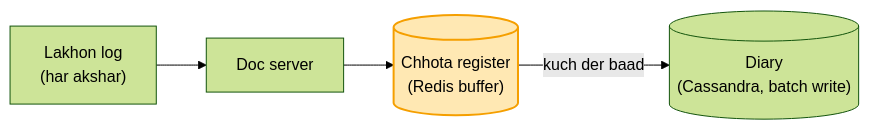
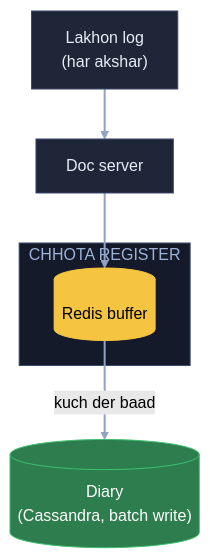
One commit to ArpanMaheshwari144/Prep changed the second of 7 diagrams in 04_HLD/SYSTEM_DESIGNS/11_google_docs_collab/11_google_docs_collab.md. Above: the diagram before and after it, drawn with Mermaid (forest theme). The commit also changed other lines of this file, not shown here.

Commit message:
Docs: 7 diagram YouTube (reel) wale card andaaz me

````diff
--- a/04_HLD/SYSTEM_DESIGNS/11_google_docs_collab/11_google_docs_collab.md
+++ b/04_HLD/SYSTEM_DESIGNS/11_google_docs_collab/11_google_docs_collab.md
@@ -57,7 +68,18 @@
 ```mermaid
-flowchart LR
-    U["Lakhon log<br/>(har akshar)"] --> S["Doc server"]
-    S --> B[("Chhota register<br/>(Redis buffer)")]
-    B -- "kuch der baad" --> D[("Diary<br/>(Cassandra, batch write)")]
-    style B fill:#ffe8b3,stroke:#f59f00,stroke-width:2px,color:#000
+flowchart TB
+    U["Lakhon log<br/>(har akshar)"]:::card
+    S["Doc server"]:::card
+    subgraph CR["CHHOTA REGISTER"]
+        B[("Redis buffer")]:::pill
+    end
+    D[("Diary<br/>(Cassandra, batch write)")]:::good
+    U --> S
+    S --> B
+    B -- "kuch der baad" --> D
+    linkStyle default stroke:#8fa3c7,stroke-width:2px
+    classDef card fill:#1e2638,stroke:#3a4a6b,color:#e8ecf5
+    classDef pill fill:#f5c542,stroke:#f5c542,color:#000
+    classDef good fill:#2e7d4f,stroke:#3fbf6f,color:#fff
+    classDef bad fill:#5c1f24,stroke:#e05561,color:#fff
+    style CR fill:#141a29,stroke:#3a4a6b,color:#9fb3d9
 ```
````
